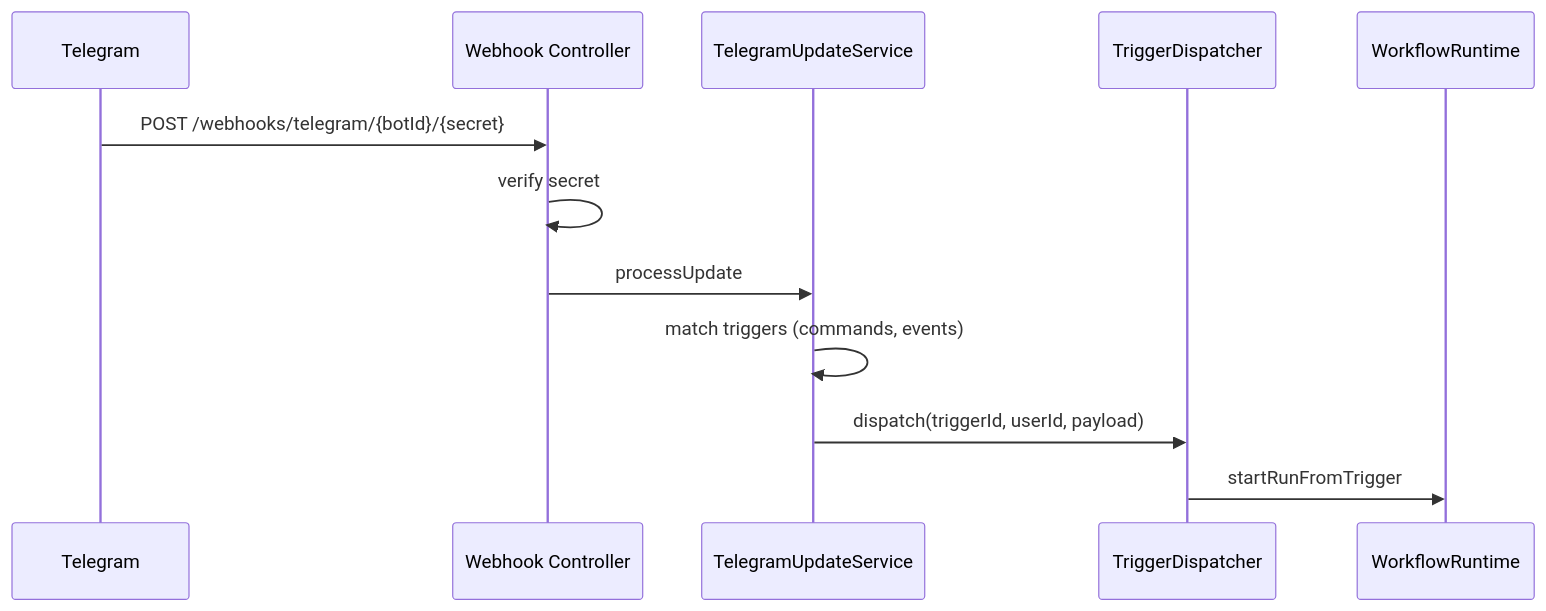
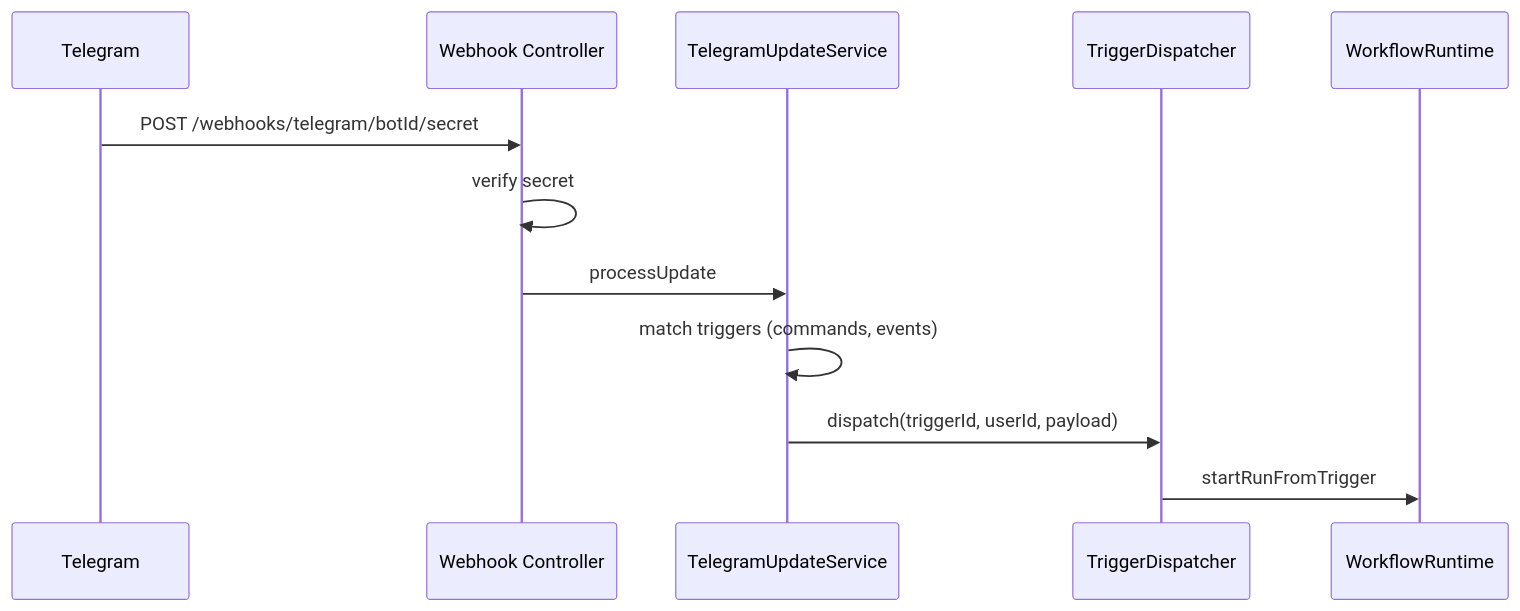
Before and after one commit to Daviseraaa/tdoan_remote_datn: the eighth of 8 diagrams in README.md, drawn with Mermaid. The commit also changed other lines of this file, not shown here.

````diff
--- a/README.md
+++ b/README.md
@@ -409,15 +515,15 @@
 ```mermaid
 sequenceDiagram
   participant TG as Telegram
   participant WH as Webhook Controller
   participant UP as TelegramUpdateService
   participant DP as TriggerDispatcher
   participant RT as WorkflowRuntime
 
-  TG->>WH: POST /webhooks/telegram/{botId}/{secret}
+  TG->>WH: POST /webhooks/telegram/botId/secret
   WH->>WH: verify secret
   WH->>UP: processUpdate
   UP->>UP: match triggers (commands, events)
   UP->>DP: dispatch(triggerId, userId, payload)
   DP->>RT: startRunFromTrigger
 ```
````
